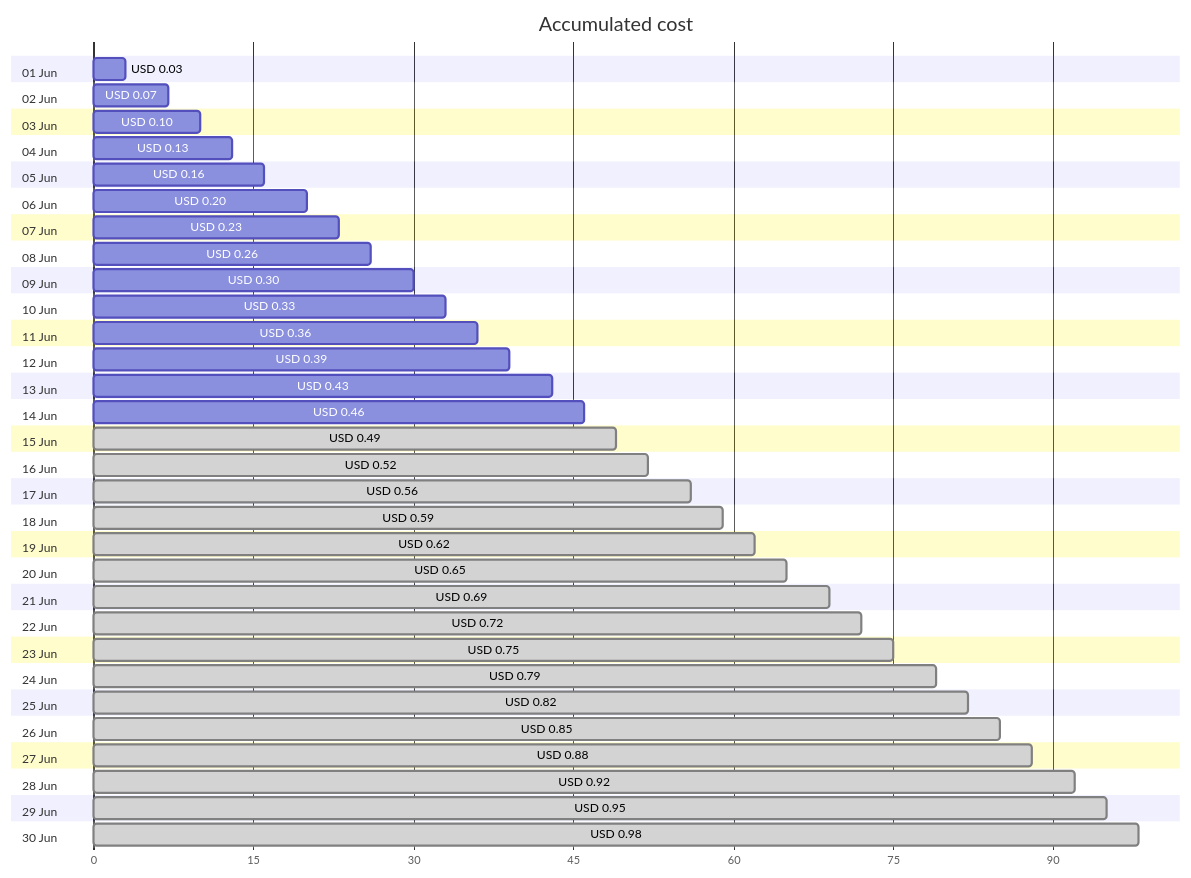
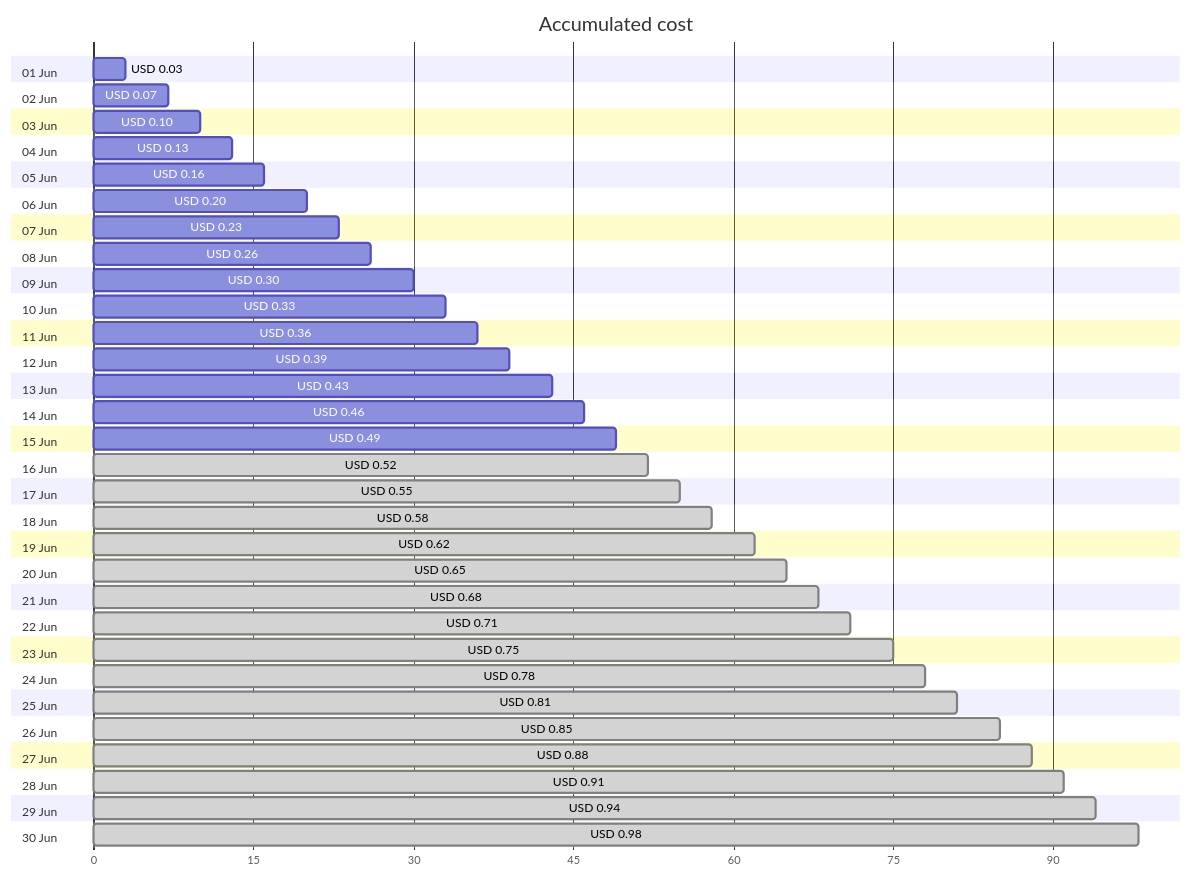
One commit to jpfulton/azure-personal-reports changed the first of 4 diagrams in cost-reports/personal-dns/README.md. Above: the diagram before and after it, drawn with Mermaid. The commit also changed other lines of this file and 2 other files, not shown here.

````diff
--- a/cost-reports/personal-dns/README.md
+++ b/cost-reports/personal-dns/README.md
@@ -20,66 +20,66 @@
 ```mermaid
 gantt
    title Accumulated cost
    dateFormat  X
    axisFormat %s
    section 01 Jun
    USD 0.03 :0, 3
    section 02 Jun
    USD 0.07 :0, 7
    section 03 Jun
    USD 0.10 :0, 10
    section 04 Jun
    USD 0.13 :0, 13
    section 05 Jun
    USD 0.16 :0, 16
    section 06 Jun
    USD 0.20 :0, 20
    section 07 Jun
    USD 0.23 :0, 23
    section 08 Jun
    USD 0.26 :0, 26
    section 09 Jun
    USD 0.30 :0, 30
    section 10 Jun
    USD 0.33 :0, 33
    section 11 Jun
    USD 0.36 :0, 36
    section 12 Jun
    USD 0.39 :0, 39
    section 13 Jun
    USD 0.43 :0, 43
    section 14 Jun
    USD 0.46 :0, 46
    section 15 Jun
-   USD 0.49 : done, 0, 49
+   USD 0.49 :0, 49
    section 16 Jun
    USD 0.52 : done, 0, 52
    section 17 Jun
-   USD 0.56 : done, 0, 56
+   USD 0.55 : done, 0, 55
    section 18 Jun
-   USD 0.59 : done, 0, 59
+   USD 0.58 : done, 0, 58
    section 19 Jun
    USD 0.62 : done, 0, 62
    section 20 Jun
    USD 0.65 : done, 0, 65
    section 21 Jun
-   USD 0.69 : done, 0, 69
+   USD 0.68 : done, 0, 68
    section 22 Jun
-   USD 0.72 : done, 0, 72
+   USD 0.71 : done, 0, 71
    section 23 Jun
    USD 0.75 : done, 0, 75
    section 24 Jun
-   USD 0.79 : done, 0, 79
+   USD 0.78 : done, 0, 78
    section 25 Jun
-   USD 0.82 : done, 0, 82
+   USD 0.81 : done, 0, 81
    section 26 Jun
    USD 0.85 : done, 0, 85
    section 27 Jun
    USD 0.88 : done, 0, 88
    section 28 Jun
-   USD 0.92 : done, 0, 92
+   USD 0.91 : done, 0, 91
    section 29 Jun
-   USD 0.95 : done, 0, 95
+   USD 0.94 : done, 0, 94
    section 30 Jun
    USD 0.98 : done, 0, 98
 ```
````
